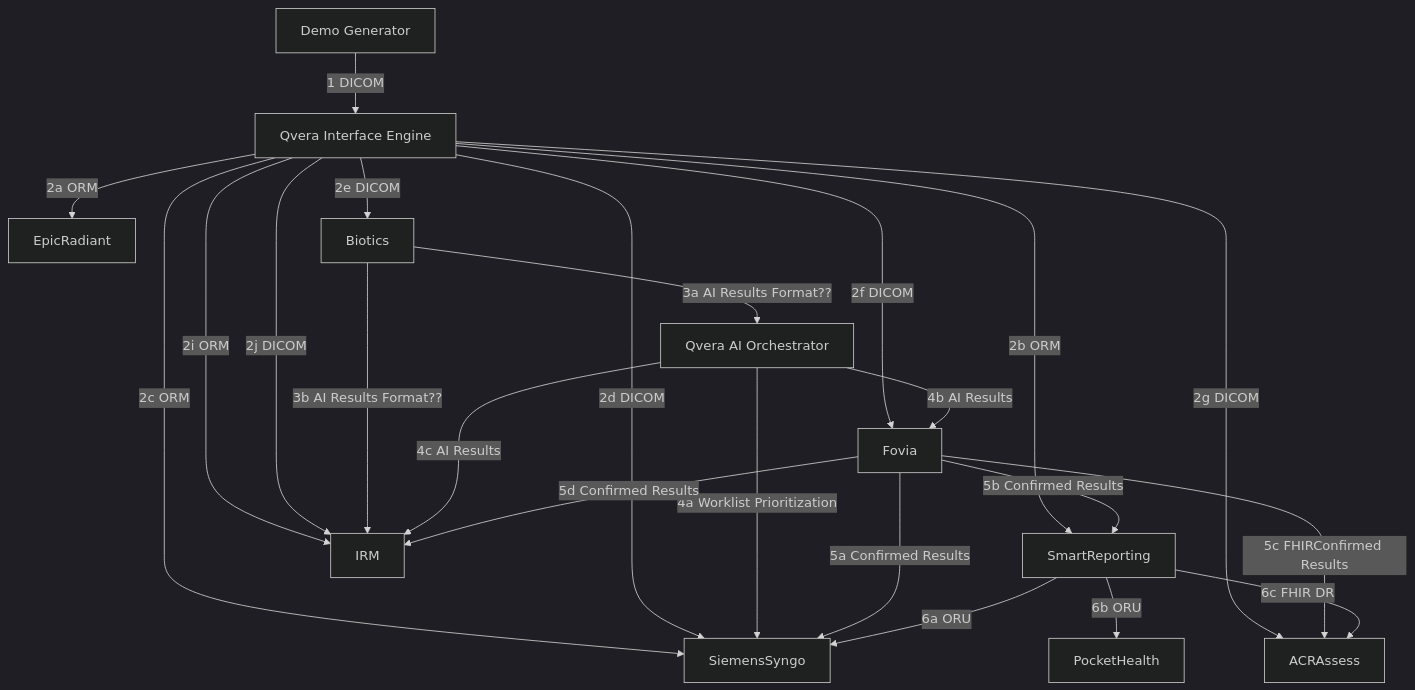
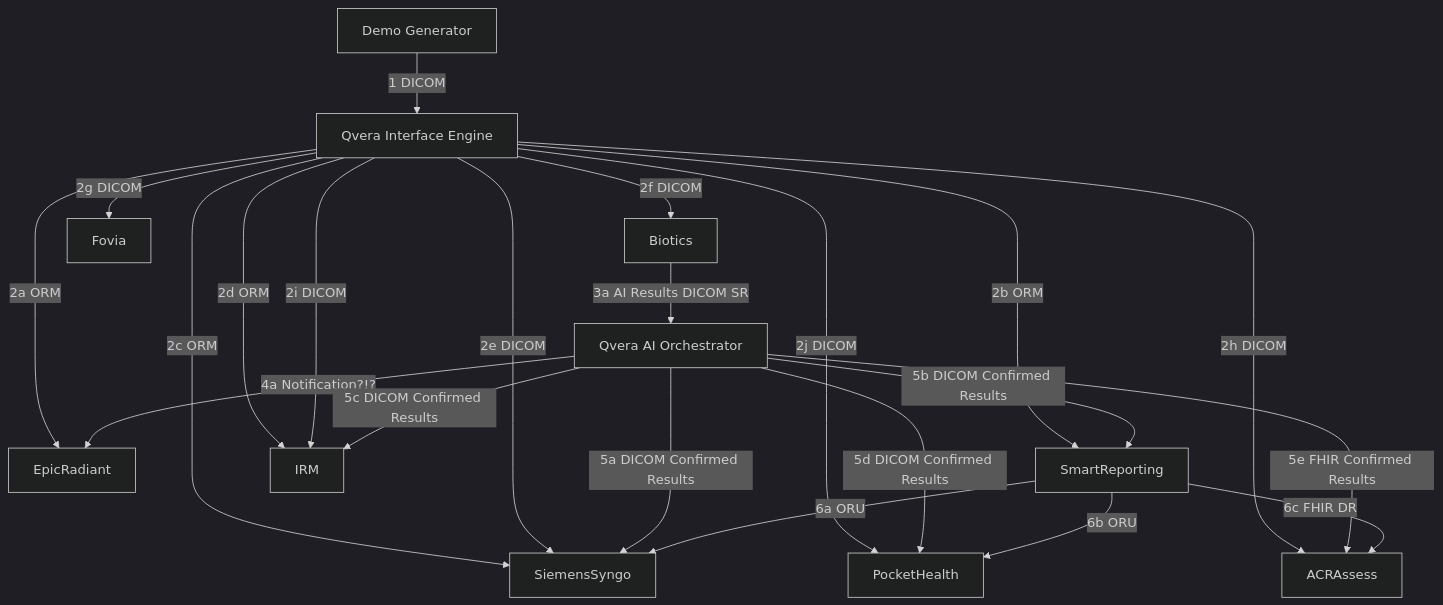
The diagram in curie/diagram-ob-us.md (mohannadhussain/rsna-2024-rr-demo), drawn with Mermaid (dark theme) before and after one commit.

````diff
--- a/curie/diagram-ob-us.md
+++ b/curie/diagram-ob-us.md
@@ -4,30 +4,30 @@
 ```mermaid
 flowchart TD
     Generator[Demo Generator] --> |1 DICOM| QveraIE[Qvera Interface Engine]
 
     QveraIE --> |2a ORM| EpicRadiant
     QveraIE --> |2b ORM| SmartReporting
     QveraIE --> |2c ORM| SiemensSyngo
-    QveraIE --> |2d DICOM| SiemensSyngo
-    QveraIE --> |2e DICOM| Biotics
-    QveraIE --> |2f DICOM| Fovia
-    QveraIE --> |2g DICOM| ACRAssess
-    QveraIE --> |2i ORM| IRM
-    QveraIE --> |2j DICOM| IRM
+    QveraIE --> |2d ORM| IRM
+
+    QveraIE --> |2e DICOM| SiemensSyngo
+    QveraIE --> |2f DICOM| Biotics
+    QveraIE --> |2g DICOM| Fovia
+    QveraIE --> |2h DICOM| ACRAssess
+    QveraIE --> |2i DICOM| IRM
+    QveraIE --> |2j DICOM| PocketHealth
     
-    Biotics --> |3a AI Results Format??| QveraAIO[Qvera AI Orchestrator]
-    Biotics --> |3b AI Results Format??| IRM
+    Biotics --> |3a AI Results DICOM SR| QveraAIO[Qvera AI Orchestrator]
 
-    QveraAIO --> |4a Worklist Prioritization| SiemensSyngo
-    QveraAIO --> |4b AI Results| Fovia
-    QveraAIO --> |4c AI Results| IRM
+    QveraAIO --> |4a Notification?!?| EpicRadiant
 
-    Fovia --> |5a Confirmed Results| SiemensSyngo
-    Fovia --> |5b Confirmed Results| SmartReporting
-    Fovia --> |5c FHIRConfirmed Results| ACRAssess
-    Fovia --> |5d Confirmed Results| IRM
-
+    QveraAIO --> |5a DICOM Confirmed Results| SiemensSyngo
+    QveraAIO --> |5b DICOM Confirmed Results| SmartReporting
+    QveraAIO --> |5c DICOM Confirmed Results| IRM
+    QveraAIO --> |5d DICOM Confirmed Results| PocketHealth
+    QveraAIO --> |5e FHIR Confirmed Results| ACRAssess
+    
     SmartReporting --> |6a ORU| SiemensSyngo
     SmartReporting --> |6b ORU| PocketHealth
     SmartReporting --> |6c FHIR DR| ACRAssess
 ```
````
